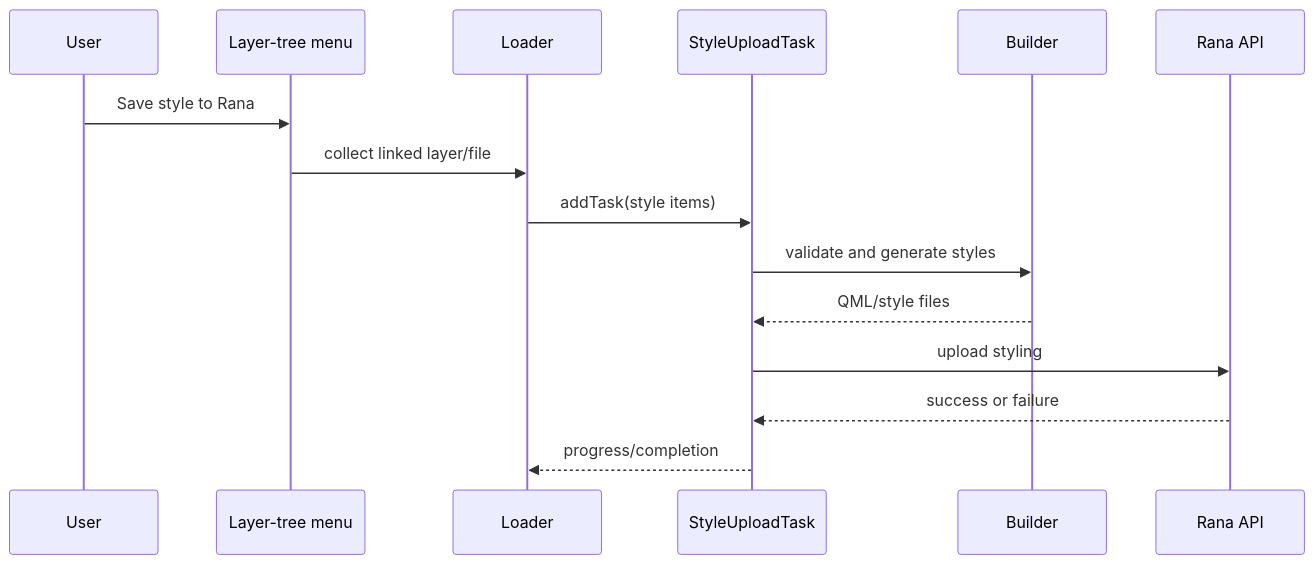
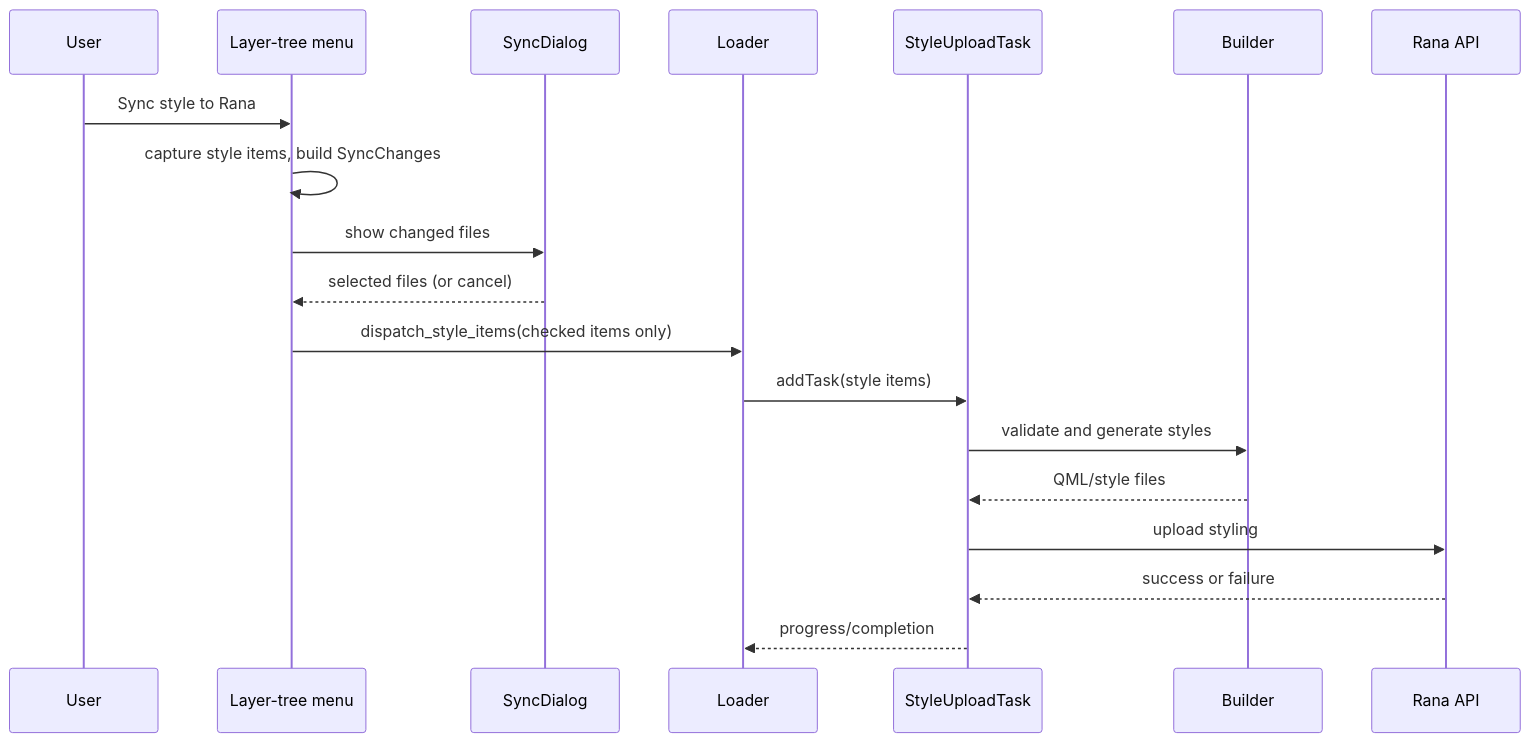
One commit to nens/rana-qgis-plugin changed the second of 2 diagrams in doc/styling_workers.md. Above: the diagram before and after it, drawn with Mermaid. The commit also changed other lines of this file and 38 other files, not shown here.

Commit message:
Show what will be synced in a shared sync dialog and let user select and deselect

````diff
--- a/doc/styling_workers.md
+++ b/doc/styling_workers.md
@@ -70,18 +70,22 @@
 ```mermaid
 sequenceDiagram
     participant User
     participant Menu as Layer-tree menu
+    participant Dialog as SyncDialog
     participant Loader
     participant Task as StyleUploadTask
     participant Builder
     participant Rana as Rana API
 
-    User->>Menu: Save style to Rana
-    Menu->>Loader: collect linked layer/file
+    User->>Menu: Sync style to Rana
+    Menu->>Menu: capture style items, build SyncChanges
+    Menu->>Dialog: show changed files
+    Dialog-->>Menu: selected files (or cancel)
+    Menu->>Loader: dispatch_style_items(checked items only)
     Loader->>Task: addTask(style items)
     Task->>Builder: validate and generate styles
     Builder-->>Task: QML/style files
     Task->>Rana: upload styling
     Rana-->>Task: success or failure
     Task-->>Loader: progress/completion
 ```
````
